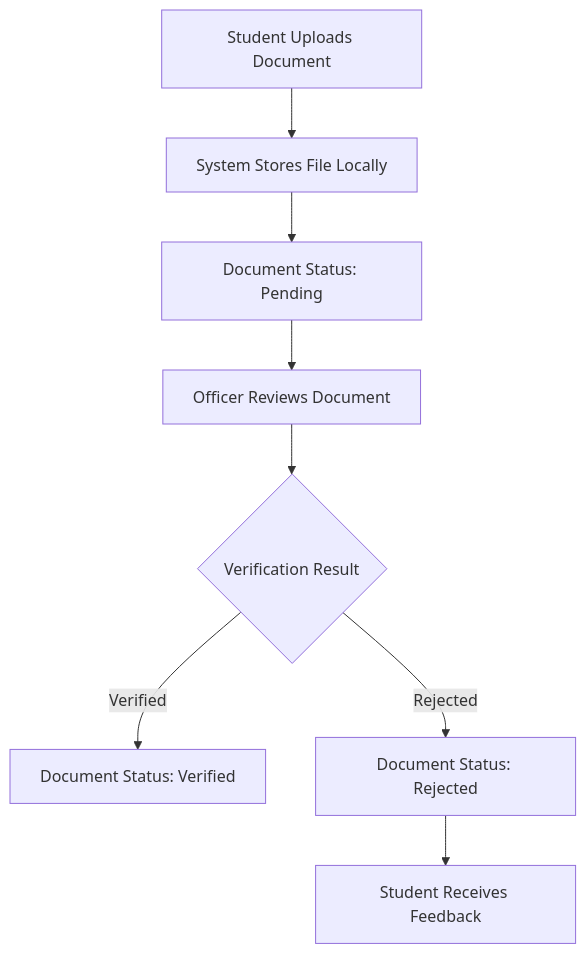
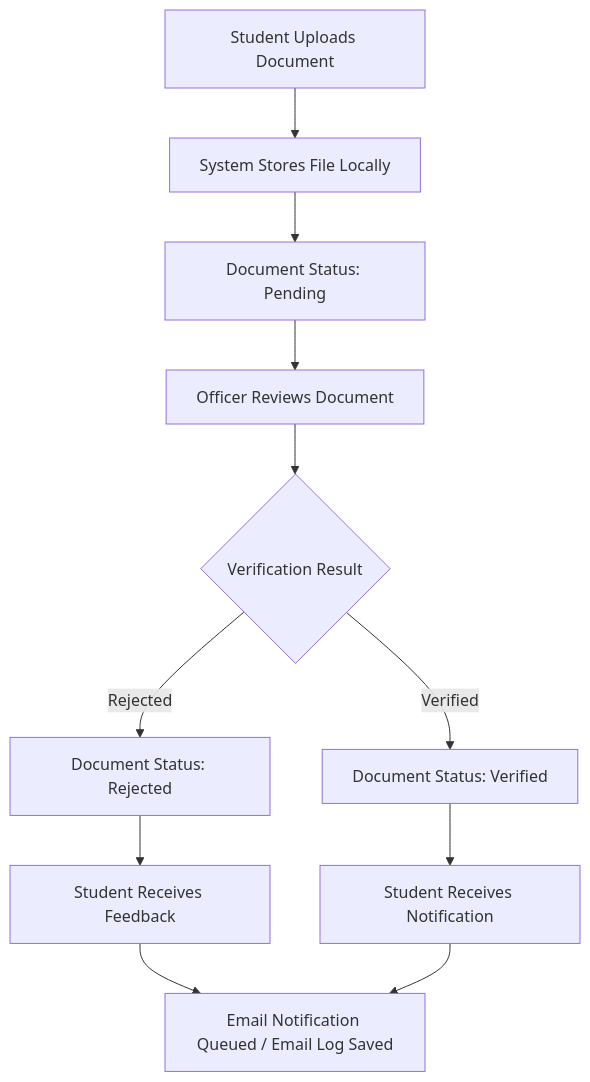
One commit to EthanYixuanMi/WKU-Admission-System changed the sixth of 6 diagrams in README.md. Above: the diagram before and after it, drawn with Mermaid. The commit also changed other lines of this file, not shown here.

Commit message:
Update README UML diagrams

````diff
--- a/README.md
+++ b/README.md
@@ -415,10 +572,13 @@
 ```mermaid
 flowchart TD
     A[Student Uploads Document] --> B[System Stores File Locally]
     B --> C[Document Status: Pending]
     C --> D[Officer Reviews Document]
     D --> E{Verification Result}
     E -- Verified --> F[Document Status: Verified]
-    E -- Rejected --> G[Document Status: Rejected]
-    G --> H[Student Receives Feedback]
+    F --> G[Student Receives Notification]
+    E -- Rejected --> H[Document Status: Rejected]
+    H --> I[Student Receives Feedback]
+    I --> J[Email Notification Queued / Email Log Saved]
+    G --> J
 ```
````
